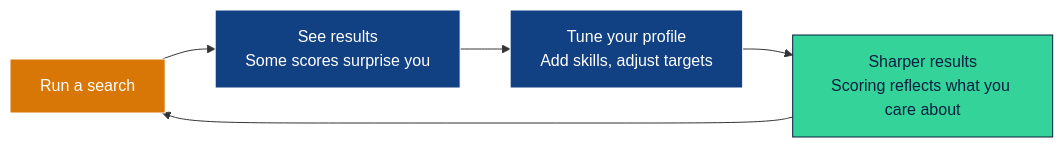
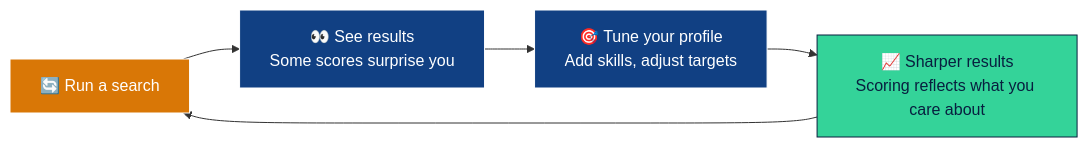
The second of 2 diagrams in README.md (MVP-Club-AI/mattjobsearchtool), drawn with Mermaid before and after one commit. The commit also changed other lines of this file, not shown here.

````diff
--- a/README.md
+++ b/README.md
@@ -135,11 +147,11 @@
 ```mermaid
 flowchart LR
-    A["Run a search"] --> B["See results\nSome scores surprise you"]
-    B --> C["Tune your profile\nAdd skills, adjust targets"]
-    C --> D["Sharper results\nScoring reflects what you care about"]
+    A["🔄 Run a search"] --> B["👀 See results\nSome scores surprise you"]
+    B --> C["🎯 Tune your profile\nAdd skills, adjust targets"]
+    C --> D["📈 Sharper results\nScoring reflects what you care about"]
     D --> A
     style A fill:#D97706,color:#fff,stroke:#fff
     style B fill:#114083,color:#fff,stroke:#fff
     style C fill:#114083,color:#fff,stroke:#fff
     style D fill:#34D399,color:#081F3F,stroke:#081F3F
 ```
````
